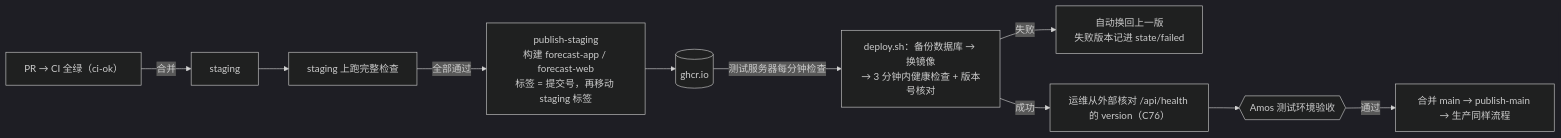
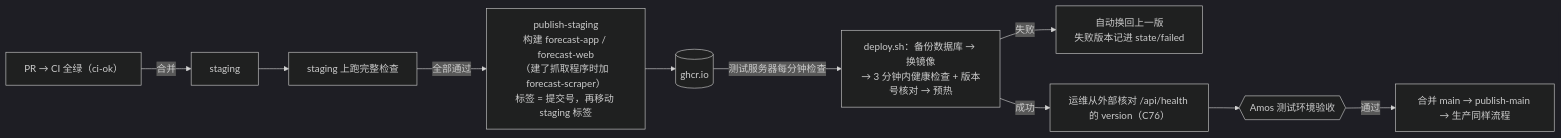
The eighth of 10 diagrams in 技术方案/v1-架构方案.md (dollar3651314/forecast), drawn with Mermaid (dark theme) before and after one commit. The commit also changed other lines of this file and 2 other files, not shown here.

````diff
--- a/技术方案/v1-架构方案.md
+++ b/技术方案/v1-架构方案.md
@@ -1017,11 +1153,11 @@
 ```mermaid
 flowchart LR
     PR["PR → CI 全绿（ci-ok）"] -->|"合并"| ST["staging"]
     ST --> FULL["staging 上跑完整检查"]
-    FULL -->|"全部通过"| PUB["publish-staging<br/>构建 forecast-app / forecast-web<br/>标签 = 提交号，再移动 staging 标签"]
+    FULL -->|"全部通过"| PUB["publish-staging<br/>构建 forecast-app / forecast-web<br/>（建了抓取程序时加 forecast-scraper）<br/>标签 = 提交号，再移动 staging 标签"]
     PUB --> REG[("ghcr.io")]
-    REG -->|"测试服务器每分钟检查"| DS["deploy.sh：备份数据库 → 换镜像<br/>→ 3 分钟内健康检查 + 版本号核对"]
+    REG -->|"测试服务器每分钟检查"| DS["deploy.sh：备份数据库 → 换镜像<br/>→ 3 分钟内健康检查 + 版本号核对 → 预热"]
     DS -->|"失败"| RB["自动换回上一版<br/>失败版本记进 state/failed"]
     DS -->|"成功"| V["运维从外部核对 /api/health 的 version（C76）"]
     V --> AC{{"Amos 测试环境验收"}} -->|"通过"| MAIN["合并 main → publish-main → 生产同样流程"]
 ```
````
